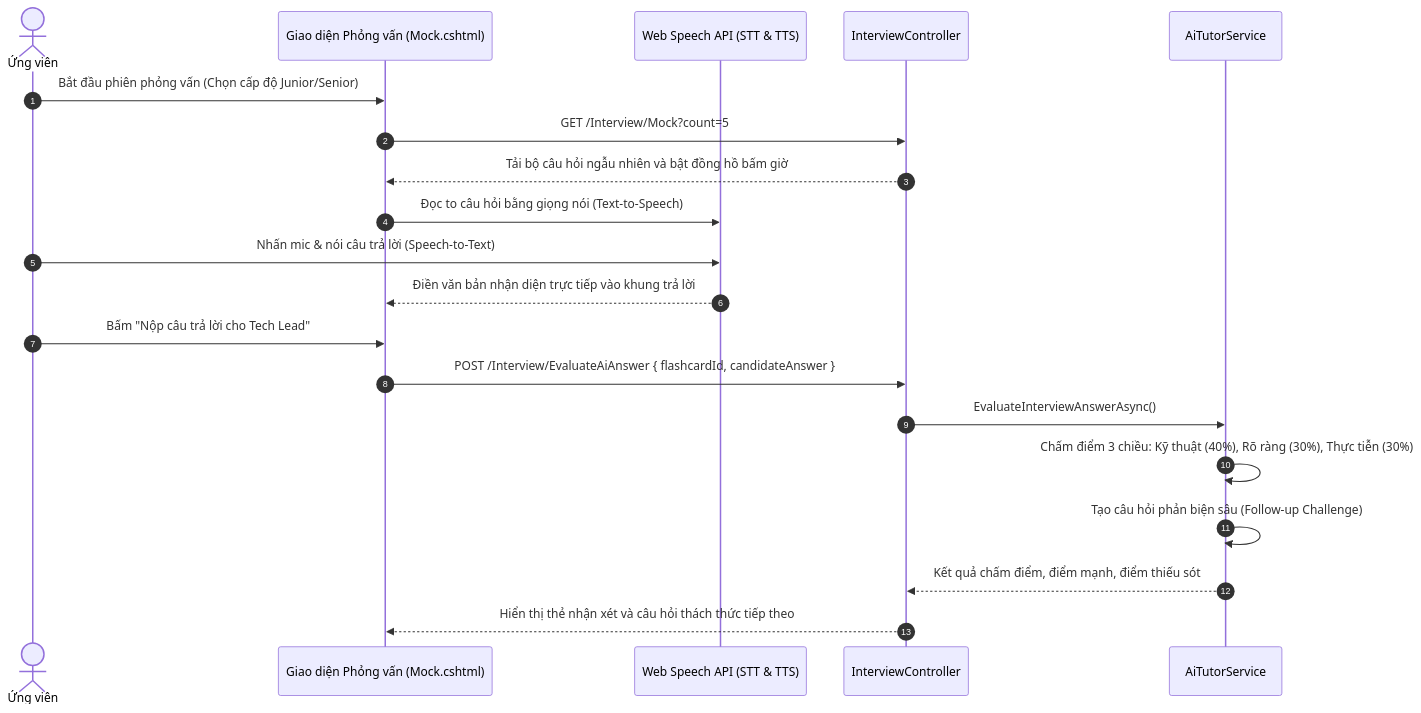
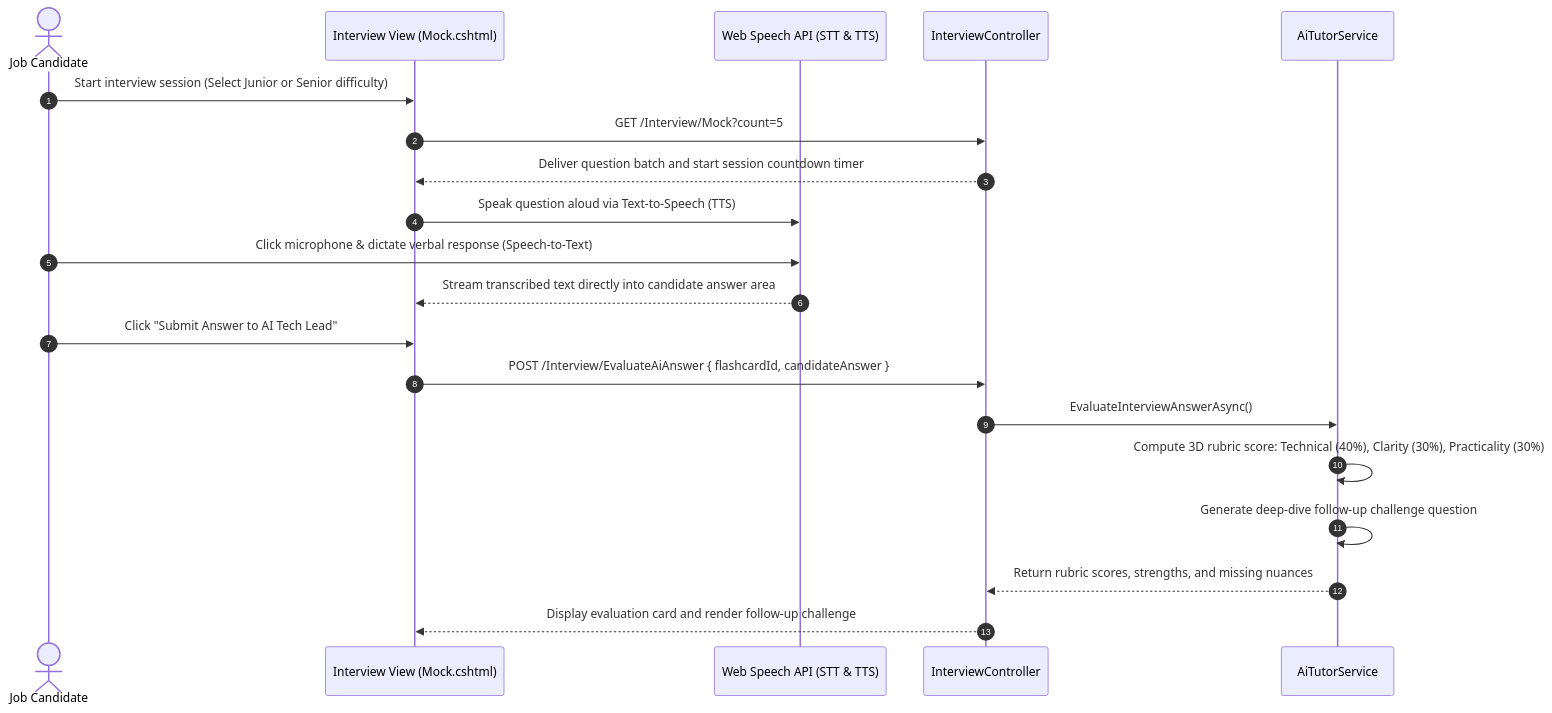
The third of 4 diagrams in docs/06_architecture_and_design_blueprint.md (KaitoDeus/NET-Tutos), drawn with Mermaid before and after one commit. The commit also changed other lines of this file and 6 other files, not shown here.

````diff
--- a/docs/06_architecture_and_design_blueprint.md
+++ b/docs/06_architecture_and_design_blueprint.md
@@ -288,25 +288,25 @@
 ```mermaid
 sequenceDiagram
     autonumber
-    actor Candidate as Ứng viên
-    participant WebUI as Giao diện Phỏng vấn (Mock.cshtml)
+    actor Candidate as Job Candidate
+    participant WebUI as Interview View (Mock.cshtml)
     participant Speech as Web Speech API (STT & TTS)
     participant InterviewCtrl as InterviewController
     participant AiTutor as AiTutorService
 
-    Candidate->>WebUI: Bắt đầu phiên phỏng vấn (Chọn cấp độ Junior/Senior)
+    Candidate->>WebUI: Start interview session (Select Junior or Senior difficulty)
     WebUI->>InterviewCtrl: GET /Interview/Mock?count=5
-    InterviewCtrl-->>WebUI: Tải bộ câu hỏi ngẫu nhiên và bật đồng hồ bấm giờ
+    InterviewCtrl-->>WebUI: Deliver question batch and start session countdown timer
     
-    WebUI->>Speech: Đọc to câu hỏi bằng giọng nói (Text-to-Speech)
-    Candidate->>Speech: Nhấn mic & nói câu trả lời (Speech-to-Text)
-    Speech-->>WebUI: Điền văn bản nhận diện trực tiếp vào khung trả lời
+    WebUI->>Speech: Speak question aloud via Text-to-Speech (TTS)
+    Candidate->>Speech: Click microphone & dictate verbal response (Speech-to-Text)
+    Speech-->>WebUI: Stream transcribed text directly into candidate answer area
     
-    Candidate->>WebUI: Bấm "Nộp câu trả lời cho Tech Lead"
+    Candidate->>WebUI: Click "Submit Answer to AI Tech Lead"
     WebUI->>InterviewCtrl: POST /Interview/EvaluateAiAnswer { flashcardId, candidateAnswer }
     InterviewCtrl->>AiTutor: EvaluateInterviewAnswerAsync()
-    AiTutor->>AiTutor: Chấm điểm 3 chiều: Kỹ thuật (40%), Rõ ràng (30%), Thực tiễn (30%)
-    AiTutor->>AiTutor: Tạo câu hỏi phản biện sâu (Follow-up Challenge)
-    AiTutor-->>InterviewCtrl: Kết quả chấm điểm, điểm mạnh, điểm thiếu sót
-    InterviewCtrl-->>WebUI: Hiển thị thẻ nhận xét và câu hỏi thách thức tiếp theo
+    AiTutor->>AiTutor: Compute 3D rubric score: Technical (40%), Clarity (30%), Practicality (30%)
+    AiTutor->>AiTutor: Generate deep-dive follow-up challenge question
+    AiTutor-->>InterviewCtrl: Return rubric scores, strengths, and missing nuances
+    InterviewCtrl-->>WebUI: Display evaluation card and render follow-up challenge
 ```
````
